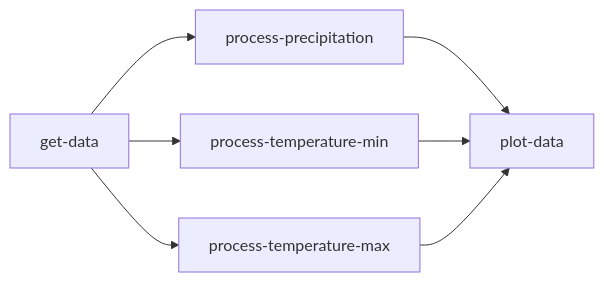
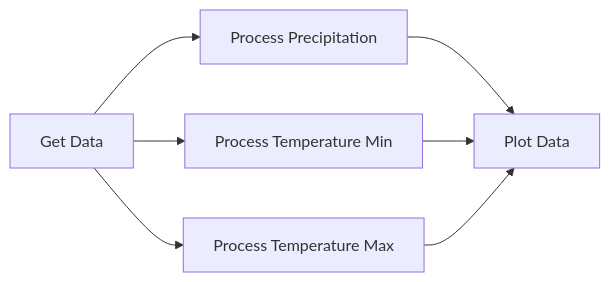
Before and after one commit to JStover95/FaaSr-Functions: the diagram in weather_visualization/README.md, drawn with Mermaid. The commit also changed other lines of this file and 11 other files, not shown here.

````diff
--- a/weather_visualization/README.md
+++ b/weather_visualization/README.md
@@ -17,15 +17,15 @@
 ```mermaid
 flowchart LR
-  01["get-data"]
-  02a["process-precipitation"]
-  02b["process-temperature-min"]
-  02c["process-temperature-max"]
-  03["plot-data"]
+  01["Get Data"]
+  02a["Process Precipitation"]
+  02b["Process Temperature Min"]
+  02c["Process Temperature Max"]
+  03["Plot Data"]
 
   01 --> 02a
   01 --> 02b
   01 --> 02c
   02a --> 03
   02b --> 03
   02c --> 03
 ```
````
